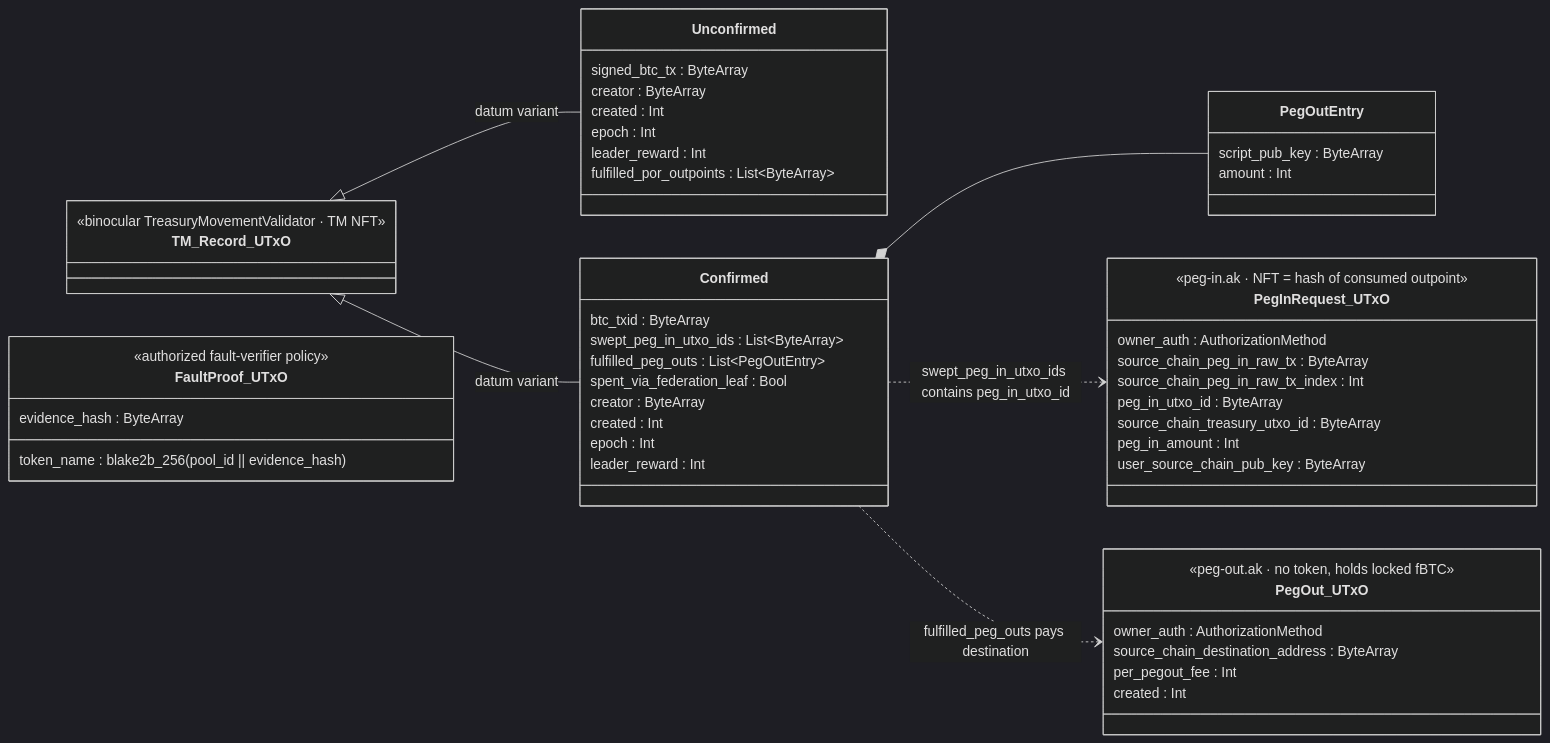
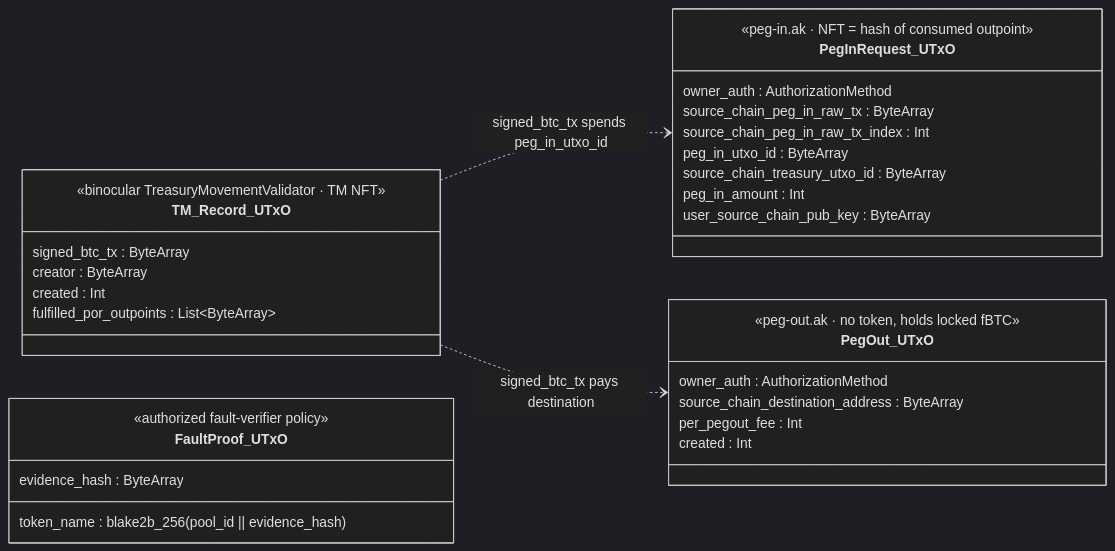
The third of 20 diagrams in documentation/technical_documentation.md (rssh/ft-bifrost-bridge), drawn with Mermaid (dark theme) before and after one commit. The commit also changed other lines of this file, not shown here.

````diff
--- a/documentation/technical_documentation.md
+++ b/documentation/technical_documentation.md
@@ -538,61 +543,40 @@
 ```mermaid
 classDiagram
     direction LR
 
     class PegInRequest_UTxO {
         <<peg-in.ak · NFT = hash of consumed outpoint>>
         owner_auth : AuthorizationMethod
         source_chain_peg_in_raw_tx : ByteArray
         source_chain_peg_in_raw_tx_index : Int
         peg_in_utxo_id : ByteArray
         source_chain_treasury_utxo_id : ByteArray
         peg_in_amount : Int
         user_source_chain_pub_key : ByteArray
     }
 
     class PegOut_UTxO {
         <<peg-out.ak · no token, holds locked fBTC>>
         owner_auth : AuthorizationMethod
         source_chain_destination_address : ByteArray
         per_pegout_fee : Int
         created : Int
     }
 
     class TM_Record_UTxO {
         <<binocular TreasuryMovementValidator · TM NFT>>
-    }
-    class Unconfirmed {
         signed_btc_tx : ByteArray
         creator : ByteArray
         created : Int
-        epoch : Int
-        leader_reward : Int
         fulfilled_por_outpoints : List~ByteArray~
     }
-    class Confirmed {
-        btc_txid : ByteArray
-        swept_peg_in_utxo_ids : List~ByteArray~
-        fulfilled_peg_outs : List~PegOutEntry~
-        spent_via_federation_leaf : Bool
-        creator : ByteArray
-        created : Int
-        epoch : Int
-        leader_reward : Int
-    }
-    class PegOutEntry {
-        script_pub_key : ByteArray
-        amount : Int
-    }
-    TM_Record_UTxO <|-- Unconfirmed : datum variant
-    TM_Record_UTxO <|-- Confirmed : datum variant
-    Confirmed *-- PegOutEntry
 
     class FaultProof_UTxO {
         <<authorized fault-verifier policy>>
         token_name : blake2b_256(pool_id || evidence_hash)
         evidence_hash : ByteArray
     }
 
-    Confirmed ..> PegInRequest_UTxO : swept_peg_in_utxo_ids contains peg_in_utxo_id
-    Confirmed ..> PegOut_UTxO : fulfilled_peg_outs pays destination
+    TM_Record_UTxO ..> PegInRequest_UTxO : signed_btc_tx spends peg_in_utxo_id
+    TM_Record_UTxO ..> PegOut_UTxO : signed_btc_tx pays destination
 ```
````
